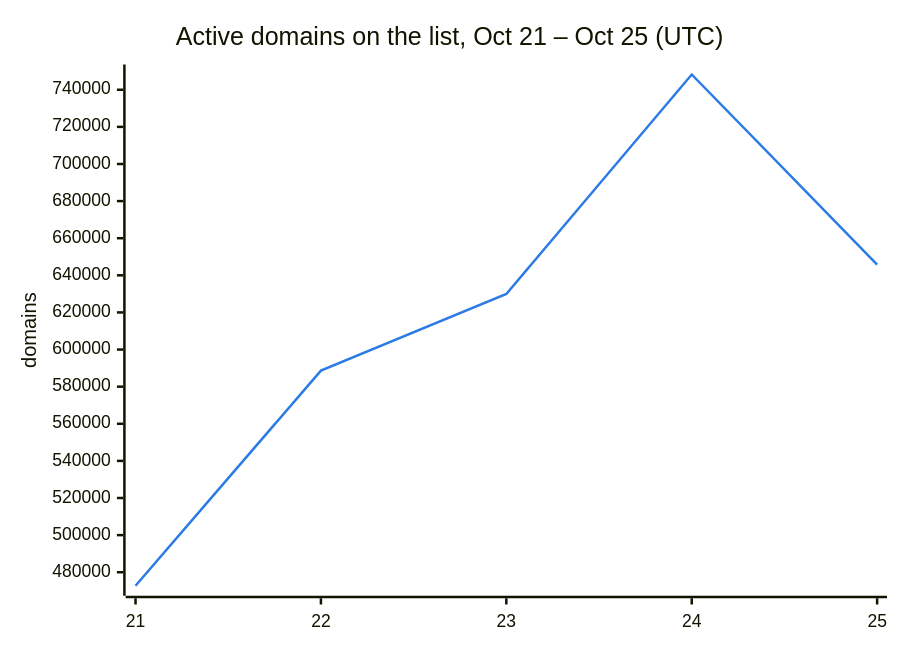
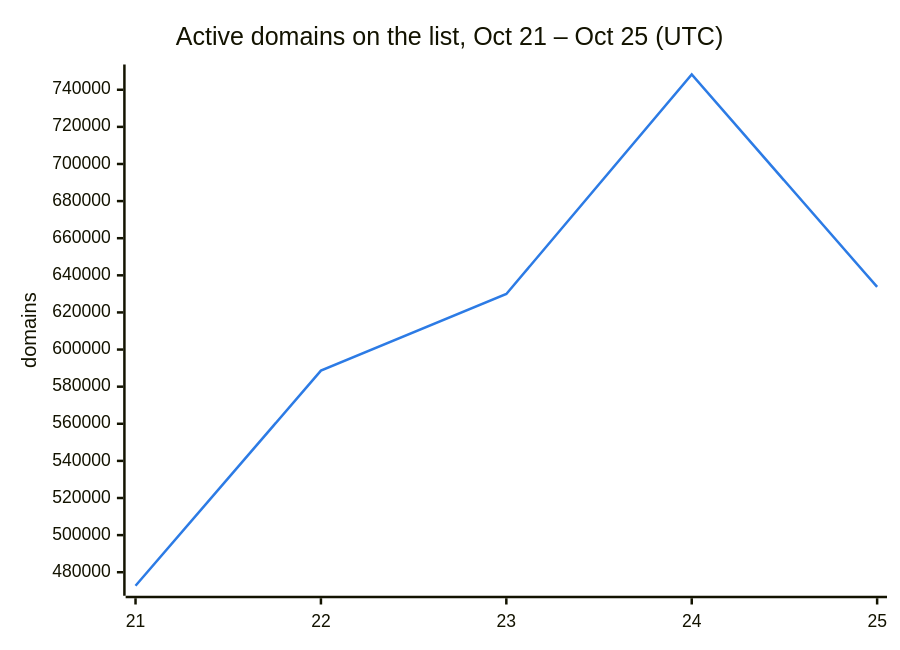
The second of 3 diagrams in README.md (DNSBunker/CTI), drawn with Mermaid before and after one commit. The commit also changed other lines of this file and 3 other files, not shown here.

````diff
--- a/README.md
+++ b/README.md
@@ -38,8 +38,8 @@
 ```mermaid
 %%{init: {"themeVariables": {"xyChart": {"plotColorPalette": "#2c7be5"}}}}%%
 xychart-beta
     title "Active domains on the list, Oct 21 – Oct 25 (UTC)"
     x-axis ["21", "22", "23", "24", "25"]
     y-axis "domains"
-    line [472713, 588659, 629951, 748222, 645805]
+    line [472713, 588659, 629951, 748222, 633739]
 ```
````
